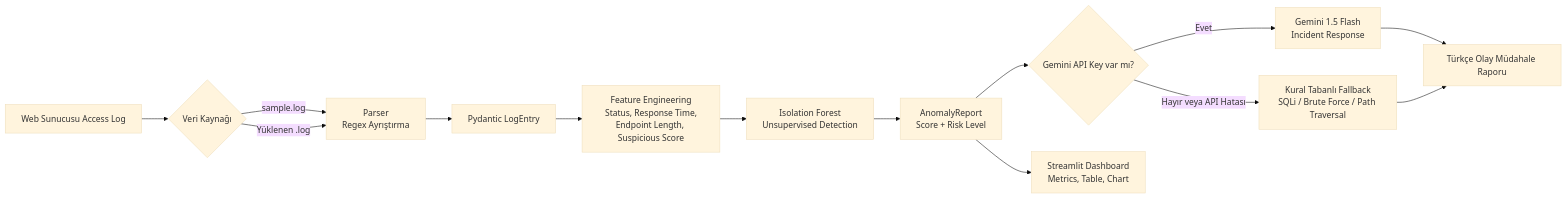
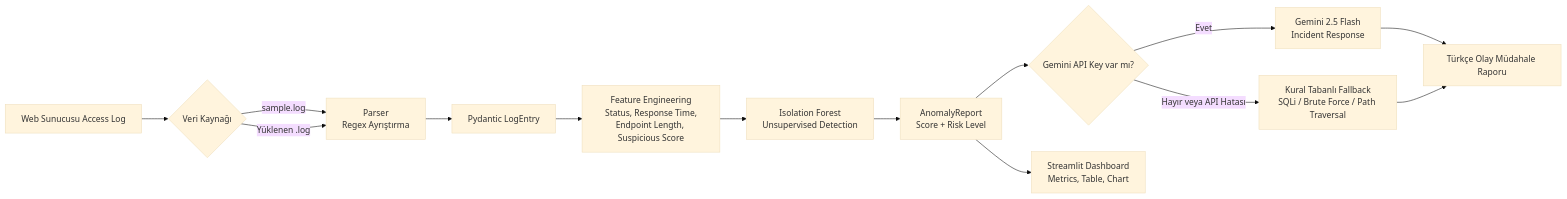
Before and after one commit to AhmetKerimAkar/LogPulse: the diagram in README.md, drawn with Mermaid (base theme). The commit also changed other lines of this file and 4 other files, not shown here.

````diff
--- a/README.md
+++ b/README.md
@@ -25,16 +25,16 @@
 ```mermaid
 flowchart LR
     A[Web Sunucusu Access Log] --> B{Veri Kaynağı}
     B -->|sample.log| C[Parser<br/>Regex Ayrıştırma]
     B -->|Yüklenen .log| C
     C --> D[Pydantic LogEntry]
     D --> E[Feature Engineering<br/>Status, Response Time,<br/>Endpoint Length, Suspicious Score]
     E --> F[Isolation Forest<br/>Unsupervised Detection]
     F --> G[AnomalyReport<br/>Score + Risk Level]
     G --> H{Gemini API Key var mı?}
-    H -->|Evet| I[Gemini 1.5 Flash<br/>Incident Response]
+    H -->|Evet| I[Gemini 2.5 Flash<br/>Incident Response]
     H -->|Hayır veya API Hatası| J[Kural Tabanlı Fallback<br/>SQLi / Brute Force / Path Traversal]
     I --> K[Türkçe Olay Müdahale Raporu]
     J --> K
     G --> L[Streamlit Dashboard<br/>Metrics, Table, Chart]
 ```
````
